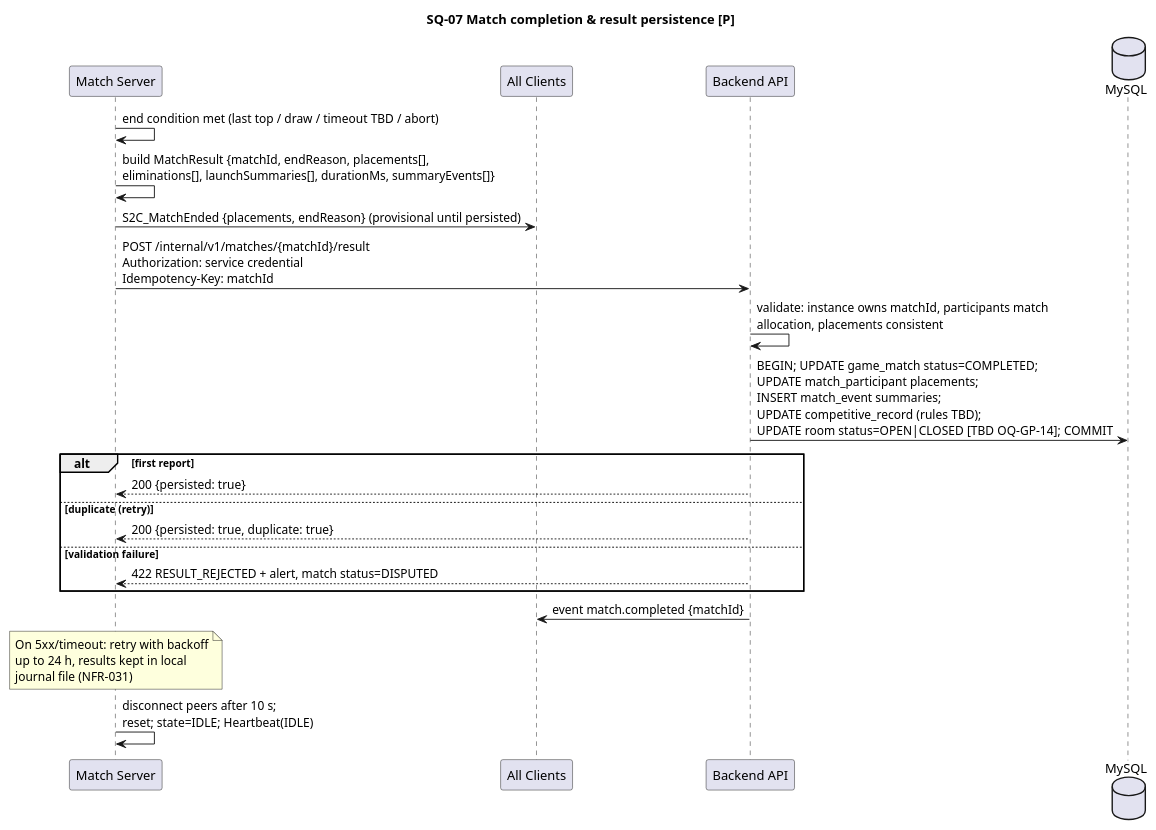
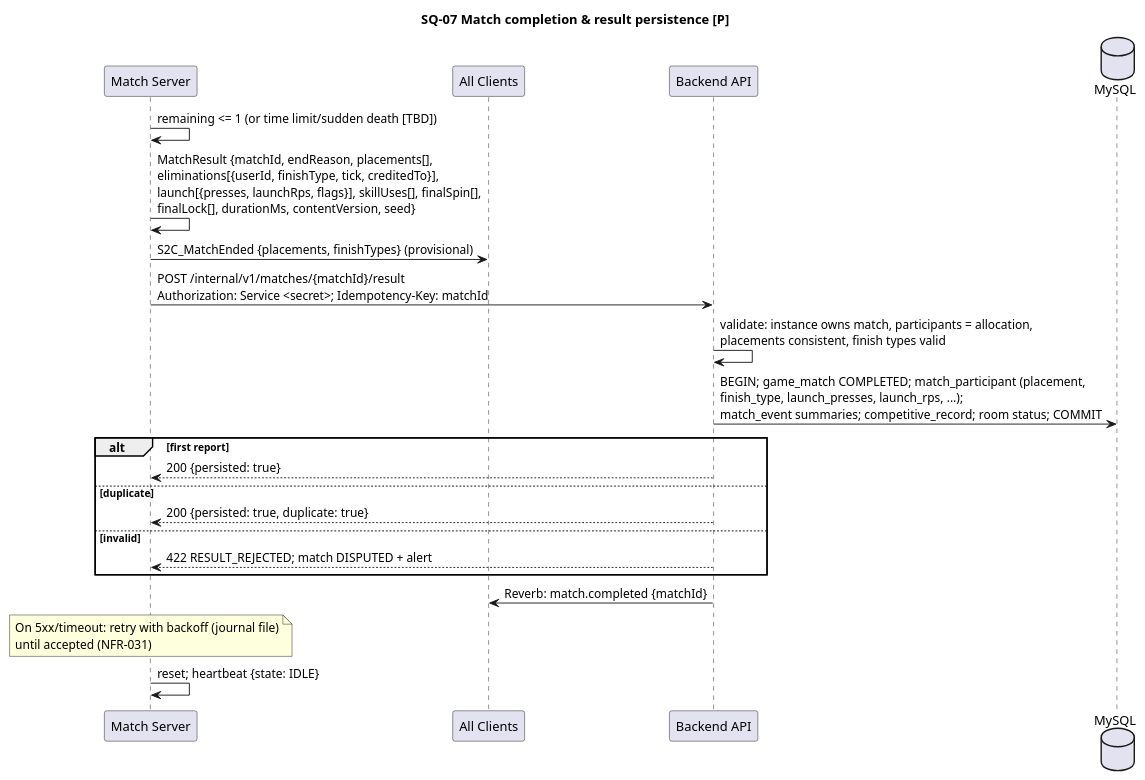
Before and after one commit to houcine212-hub/Bayblade_Sesytem: the diagram in docs/02-uml/sequence/SQ-07-match-completion.puml, drawn with PlantUML. The commit also changed 59 other files, not shown here.

```diff
--- a/docs/02-uml/sequence/SQ-07-match-completion.puml
+++ b/docs/02-uml/sequence/SQ-07-match-completion.puml
@@ -1,23 +1,23 @@
 @startuml SQ-07
 title SQ-07 Match completion & result persistence [P]
 participant "Match Server" as MS
 participant "All Clients" as C
 participant "Backend API" as B
 database MySQL as DB
-MS -> MS : end condition met (last top / draw / timeout TBD / abort)
-MS -> MS : build MatchResult {matchId, endReason, placements[],\neliminations[], launchSummaries[], durationMs, summaryEvents[]}
-MS -> C : S2C_MatchEnded {placements, endReason} (provisional until persisted)
-MS -> B : POST /internal/v1/matches/{matchId}/result\nAuthorization: service credential\nIdempotency-Key: matchId
-B -> B : validate: instance owns matchId, participants match\nallocation, placements consistent
-B -> DB : BEGIN; UPDATE game_match status=COMPLETED;\nUPDATE match_participant placements;\nINSERT match_event summaries;\nUPDATE competitive_record (rules TBD);\nUPDATE room status=OPEN|CLOSED [TBD OQ-GP-14]; COMMIT
+MS -> MS : remaining <= 1 (or time limit/sudden death [TBD])
+MS -> MS : MatchResult {matchId, endReason, placements[],\neliminations[{userId, finishType, tick, creditedTo}],\nlaunch[{presses, launchRps, flags}], skillUses[], finalSpin[],\nfinalLock[], durationMs, contentVersion, seed}
+MS -> C : S2C_MatchEnded {placements, finishTypes} (provisional)
+MS -> B : POST /internal/v1/matches/{matchId}/result\nAuthorization: Service <secret>; Idempotency-Key: matchId
+B -> B : validate: instance owns match, participants = allocation,\nplacements consistent, finish types valid
+B -> DB : BEGIN; game_match COMPLETED; match_participant (placement,\nfinish_type, launch_presses, launch_rps, ...);\nmatch_event summaries; competitive_record; room status; COMMIT
 alt first report
   B --> MS : 200 {persisted: true}
-else duplicate (retry)
+else duplicate
   B --> MS : 200 {persisted: true, duplicate: true}
-else validation failure
-  B --> MS : 422 RESULT_REJECTED + alert, match status=DISPUTED
+else invalid
+  B --> MS : 422 RESULT_REJECTED; match DISPUTED + alert
 end
-B -> C : event match.completed {matchId}
-note over MS : On 5xx/timeout: retry with backoff\nup to 24 h, results kept in local\njournal file (NFR-031)
-MS -> MS : disconnect peers after 10 s;\nreset; state=IDLE; Heartbeat(IDLE)
+B -> C : Reverb: match.completed {matchId}
+note over MS : On 5xx/timeout: retry with backoff (journal file)\nuntil accepted (NFR-031)
+MS -> MS : reset; heartbeat {state: IDLE}
 @enduml
```
